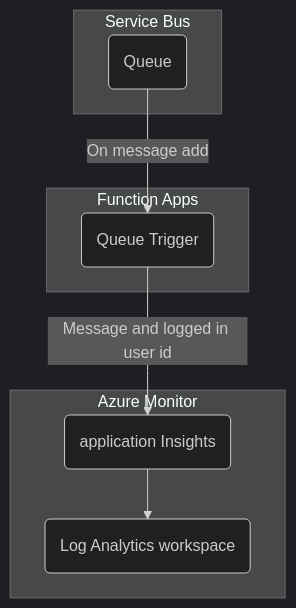
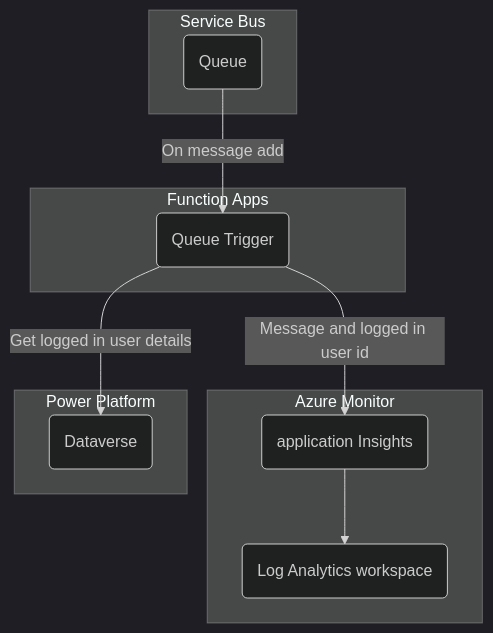
The diagram in README.md (TopGuru777/Azure_Traverse_integration), drawn with Mermaid (dark theme) before and after one commit.

Commit message:
Test correction mermaid diagram in README

````diff
--- a/README.md
+++ b/README.md
@@ -241,19 +241,24 @@
 ```mermaid
 graph TB
     subgraph Function Apps
         sbTrigger
     end
 
     subgraph Service Bus
         sb(Queue)
         sb-->|On message add|sbTrigger(Queue Trigger)
     end
 
     subgraph Azure Monitor
         ai(application Insights)
         la(Log Analytics workspace)
         sbTrigger-->|Message and logged in user id|ai
         ai-->la
     end
 
+    subgraph Power Platform
+        dataverse(Dataverse)
+        sbTrigger-->|Get logged in user details|dataverse
+    end
+
 ```
````
